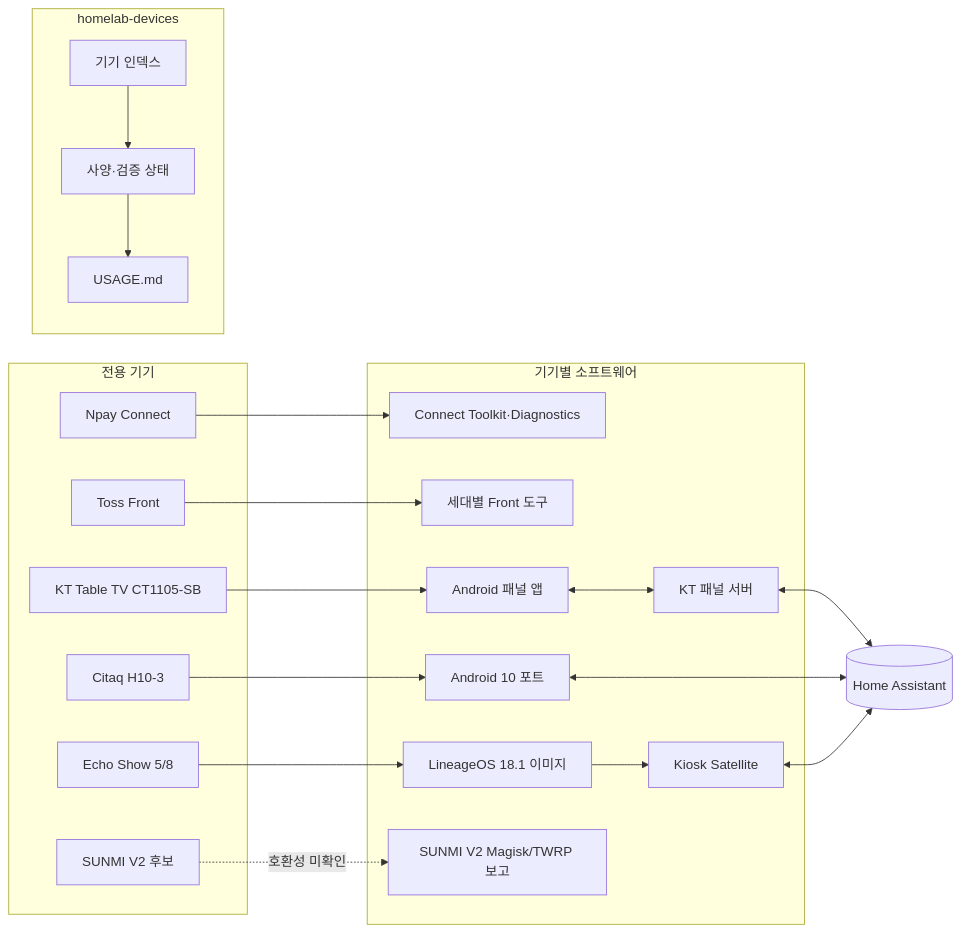
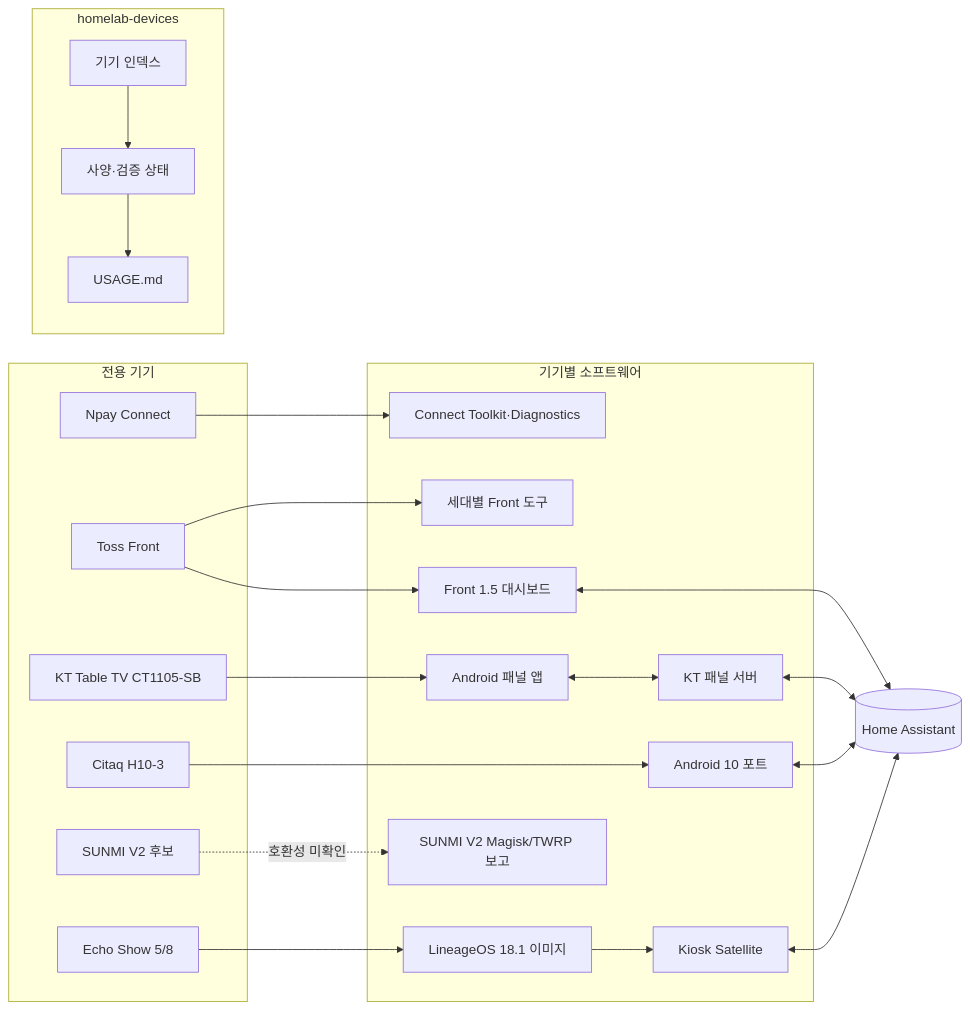
One commit to recrack/homelab-devices changed the diagram in README.md. Above: the diagram before and after it, drawn with Mermaid. The commit also changed other lines of this file and 3 other files, not shown here.

````diff
--- a/README.md
+++ b/README.md
@@ -9,40 +9,43 @@
 ```mermaid
 flowchart LR
   subgraph devices[전용 기기]
     Npay[Npay Connect]
     Toss[Toss Front]
     KT[KT Table TV CT1105-SB]
     Citaq[Citaq H10-3]
     Echo[Echo Show 5/8]
     Sunmi[SUNMI V2 후보]
   end
 
   subgraph catalog[homelab-devices]
     Index[기기 인덱스]
     Specs[사양·검증 상태]
     Guide[USAGE.md]
     Index --> Specs --> Guide
   end
 
   subgraph projects[기기별 소프트웨어]
     NTools[Connect Toolkit·Diagnostics]
     TTools[세대별 Front 도구]
+    TPanel[Front 1.5 대시보드]
     KApp[Android 패널 앱]
     KServer[KT 패널 서버]
     CPort[Android 10 포트]
     EImage[LineageOS 18.1 이미지]
     KS[Kiosk Satellite]
     SRoot[SUNMI V2 Magisk/TWRP 보고]
   end
 
   HA[(Home Assistant)]
   Npay --> NTools
   Toss --> TTools
+  Toss --> TPanel
+  TPanel <--> HA
   KT --> KApp
   Citaq --> CPort
   Echo --> EImage --> KS
   KApp <--> KServer <--> HA
   CPort <--> HA
   KS <--> HA
   Sunmi -. "호환성 미확인" .-> SRoot
 ```
````
